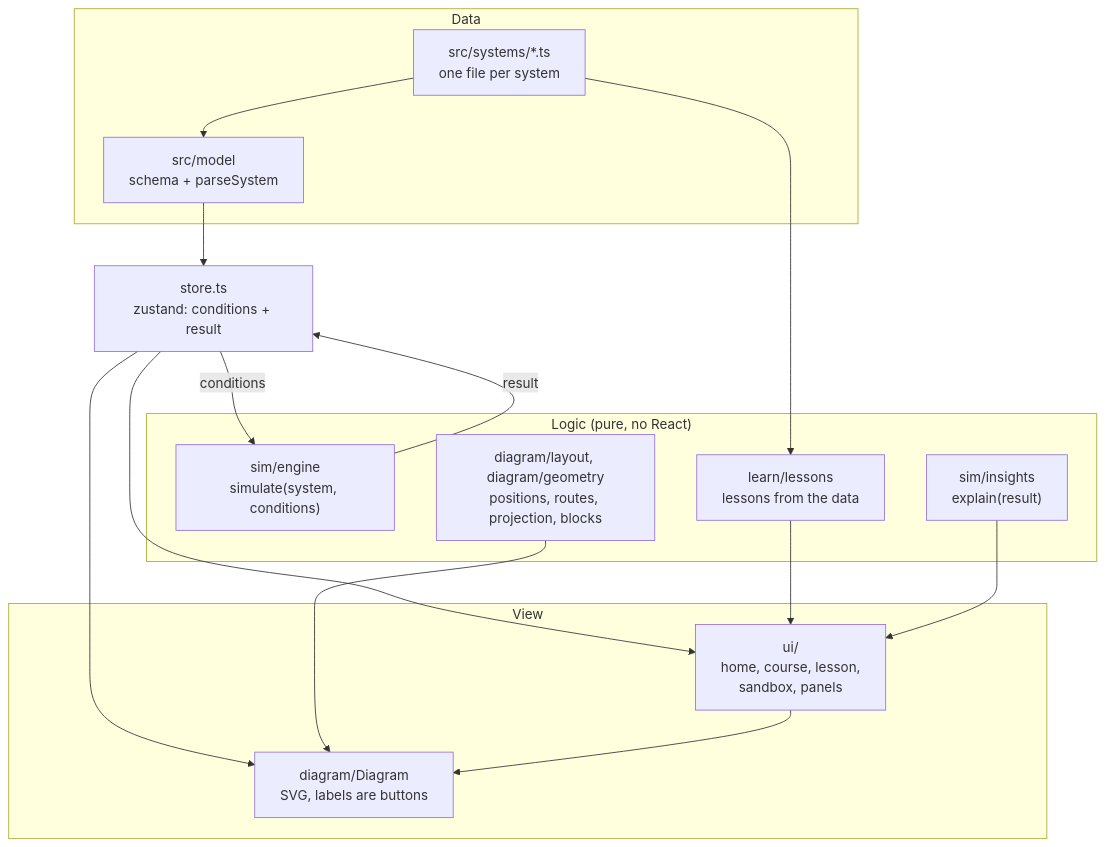
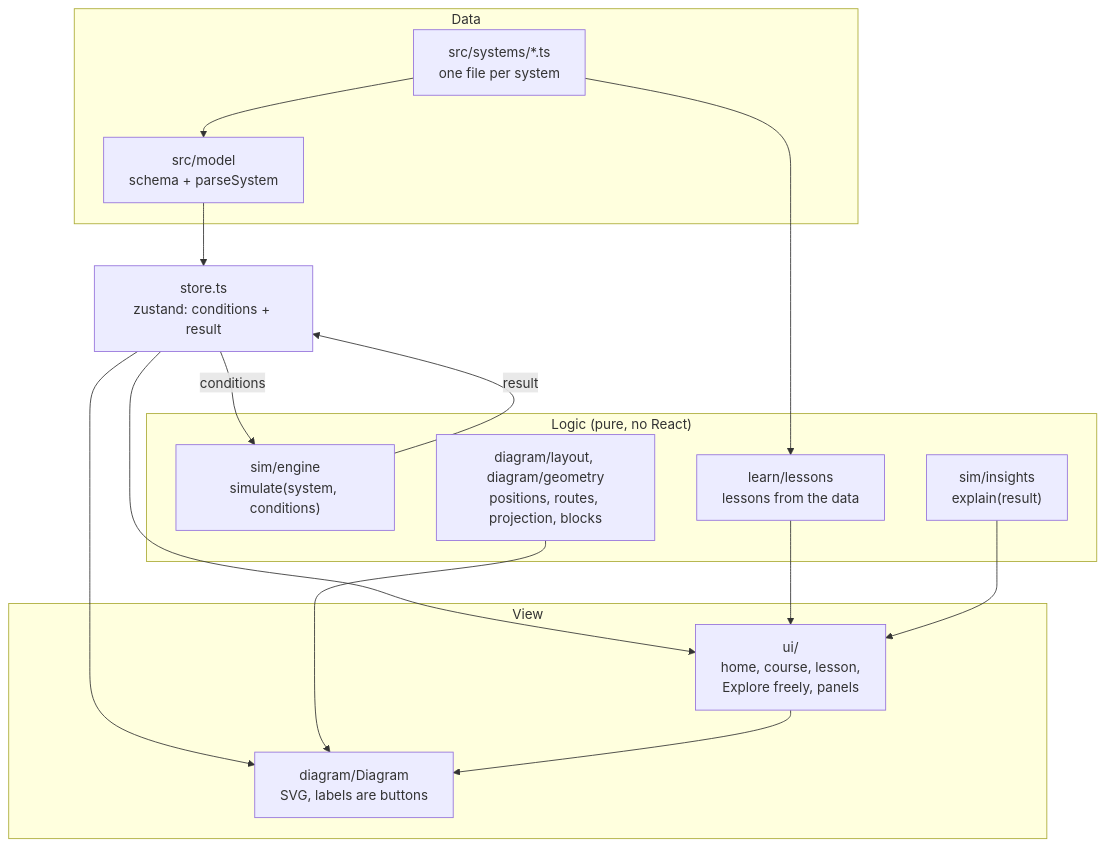
Before and after one commit to iamrs77/systemscape: the diagram in docs/architecture.md, drawn with Mermaid. The commit also changed other lines of this file and 65 other files, not shown here.

First line of the commit message:
Explore freely replaces challenges, in plain English, with softer shapes

````diff
--- a/docs/architecture.md
+++ b/docs/architecture.md
@@ -14,27 +14,27 @@
 ```mermaid
 flowchart TB
   subgraph data["Data"]
     systems["src/systems/*.ts<br/>one file per system"]
     schema["src/model<br/>schema + parseSystem"]
   end
   subgraph logic["Logic (pure, no React)"]
     engine["sim/engine<br/>simulate(system, conditions)"]
     insights["sim/insights<br/>explain(result)"]
     layout["diagram/layout, diagram/geometry<br/>positions, routes, projection, blocks"]
     lessons["learn/lessons<br/>lessons from the data"]
   end
   store["store.ts<br/>zustand: conditions + result"]
   subgraph view["View"]
     diagram["diagram/Diagram<br/>SVG, labels are buttons"]
-    ui["ui/<br/>home, course, lesson,<br/>sandbox, panels"]
+    ui["ui/<br/>home, course, lesson,<br/>Explore freely, panels"]
   end
 
   systems --> schema --> store
   store -- "conditions" --> engine -- "result" --> store
   store --> diagram
   store --> ui
   layout --> diagram
   systems --> lessons --> ui
   ui --> diagram
   insights --> ui
 ```
````
